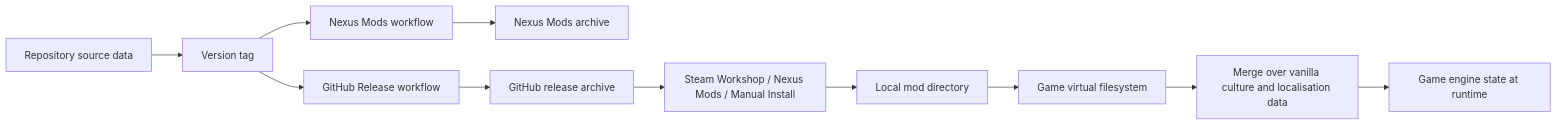
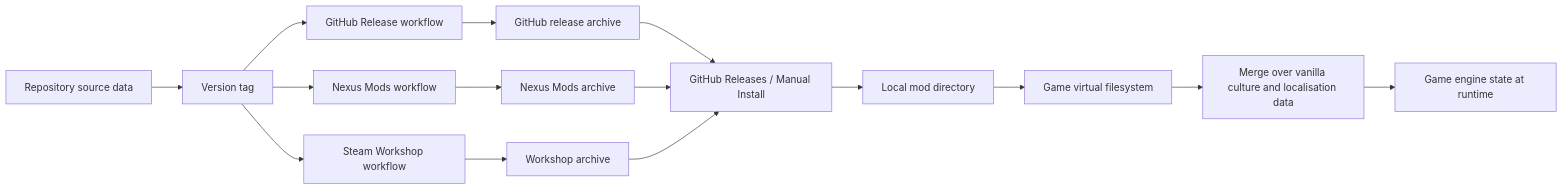
One commit to hmlendea/imperator-dracones-invictus changed the fourth of 5 diagrams in ARCHITECTURE.md. Above: the diagram before and after it, drawn with Mermaid. The commit also changed other lines of this file and 25 other files, not shown here.

Commit message:
ci: Updated the Steam Workshop Release workflow

````diff
--- a/ARCHITECTURE.md
+++ b/ARCHITECTURE.md
@@ -208,13 +206,17 @@
 ```mermaid
 flowchart LR
     Source[Repository source data] --> Tag[Version tag]
     Tag --> Build[GitHub Release workflow]
+    Tag --> WorkshopBuild[Steam Workshop workflow]
     Tag --> NexusBuild[Nexus Mods workflow]
     NexusBuild --> NexusArchive[Nexus Mods archive]
+    WorkshopBuild --> WorkshopArchive[Workshop archive]
     Build --> Archive[GitHub release archive]
-    Archive --> Channels[Steam Workshop / Nexus Mods / Manual Install]
+    Archive --> Channels[GitHub Releases / Manual Install]
+    NexusArchive --> Channels
+    WorkshopArchive --> Channels
     Channels --> ModDir[Local mod directory]
     ModDir --> VFS[Game virtual filesystem]
     VFS --> Merge[Merge over vanilla culture and localisation data]
     Merge --> Engine[Game engine state at runtime]
 ```
````
